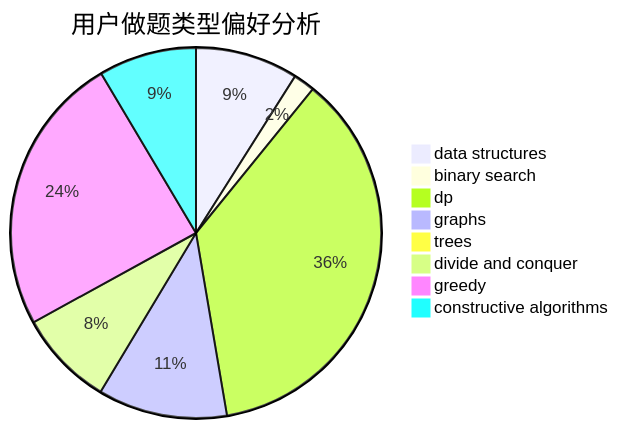
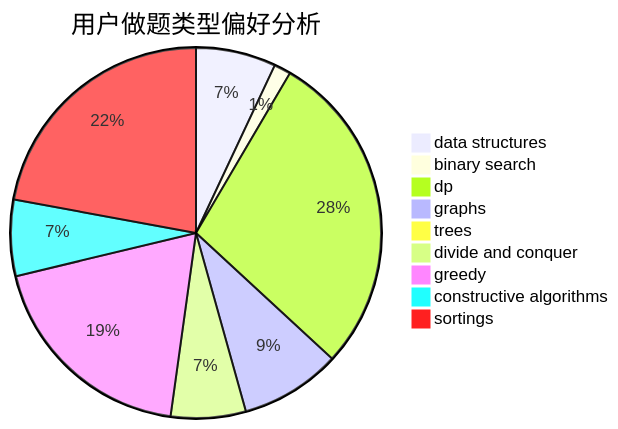
The second of 3 diagrams in docs/user/u900.md (sherpahu/cfrs.github.io), drawn with Mermaid before and after one commit. The commit also changed other lines of this file and 2769 other files, not shown here.

````diff
--- a/docs/user/u900.md
+++ b/docs/user/u900.md
@@ -23,11 +18,12 @@
 ```mermaid
 pie title 用户做题类型偏好分析
     "data structures" :  62
     "binary search" :  13
     "dp" :  252
     "graphs" :  78
     "trees" :  1
     "divide and conquer" :  58
     "greedy" :  169
     "constructive algorithms" :  59
+    "sortings" :  196
 ```
````
